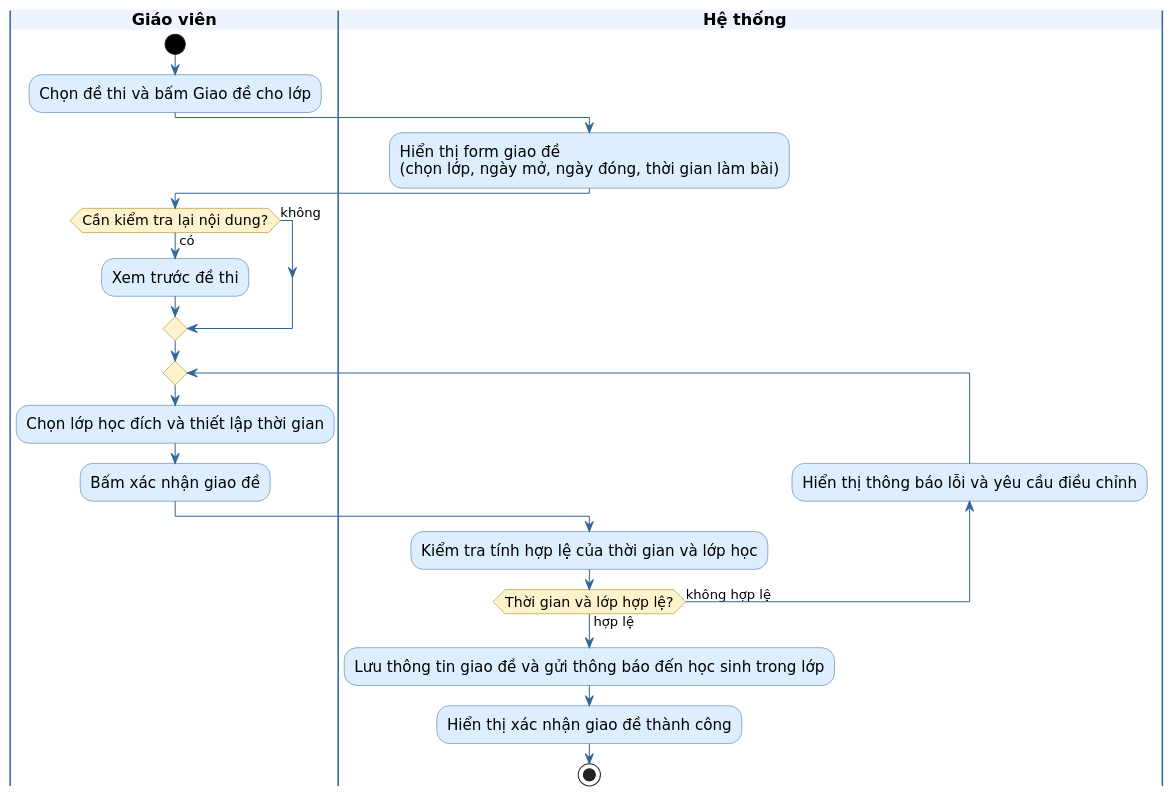
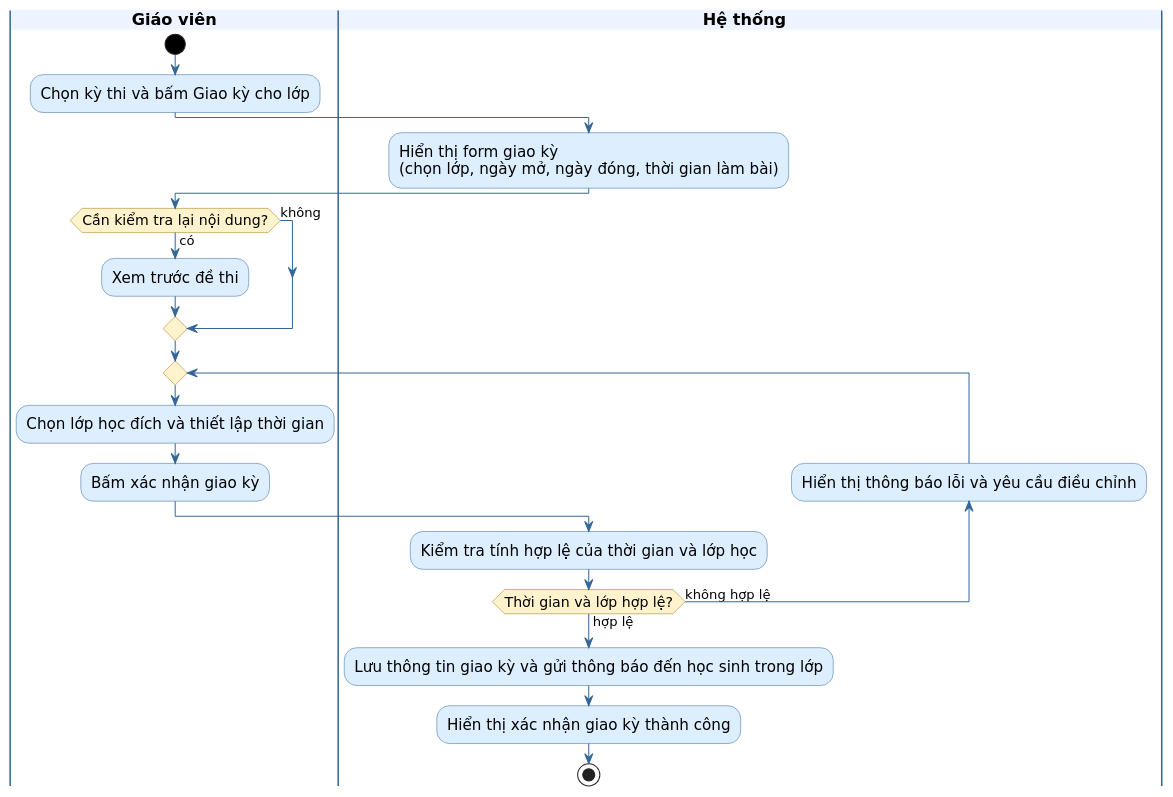
Before and after one commit to trantrungno3/ExamHub: the diagram in uml/activity_diagrams/32-giao-de-thi-cho-lop.puml, drawn with PlantUML. The commit also changed 100 other files, not shown here.

First line of the commit message:
Refactor sequence diagrams for exam generation and management

```diff
--- a/uml/activity_diagrams/32-giao-de-thi-cho-lop.puml
+++ b/uml/activity_diagrams/32-giao-de-thi-cho-lop.puml
@@ -1,49 +1,49 @@
 @startuml
 skinparam activity {
     BackgroundColor #DDEEFF
     BorderColor #336699
     FontSize 15
     FontName DejaVu Sans
     DiamondBackgroundColor #FFF3CD
     DiamondBorderColor #997404
     DiamondFontSize 14
     StartColor #000000
     EndColor #000000
     ArrowColor #336699
     ArrowFontSize 13
     ArrowFontName DejaVu Sans
     BarColor #336699
 }
 skinparam swimlane {
     BorderColor #336699
     TitleBackgroundColor #EEF4FF
     TitleFontStyle bold
     TitleFontSize 16
     TitleFontName DejaVu Sans
     Width 220
 }
 skinparam ActivityFontName DejaVu Sans
 skinparam defaultFontName DejaVu Sans
 skinparam maxMessageSize 160
 
 |Giáo viên|
 start
-:Chọn đề thi và bấm Giao đề cho lớp;
+:Chọn kỳ thi và bấm Giao kỳ cho lớp;
 |Hệ thống|
-:Hiển thị form giao đề\n(chọn lớp, ngày mở, ngày đóng, thời gian làm bài);
+:Hiển thị form giao kỳ\n(chọn lớp, ngày mở, ngày đóng, thời gian làm bài);
 |Giáo viên|
 if (Cần kiểm tra lại nội dung?) then (có)
   :Xem trước đề thi;
 else (không)
 endif
 repeat
   :Chọn lớp học đích và thiết lập thời gian;
-  :Bấm xác nhận giao đề;
+  :Bấm xác nhận giao kỳ;
   |Hệ thống|
   :Kiểm tra tính hợp lệ của thời gian và lớp học;
   backward:Hiển thị thông báo lỗi và yêu cầu điều chỉnh;
 repeat while (Thời gian và lớp hợp lệ?) is (không hợp lệ) not (hợp lệ)
-:Lưu thông tin giao đề và gửi thông báo đến học sinh trong lớp;
-:Hiển thị xác nhận giao đề thành công;
+:Lưu thông tin giao kỳ và gửi thông báo đến học sinh trong lớp;
+:Hiển thị xác nhận giao kỳ thành công;
 stop
 @enduml
```
